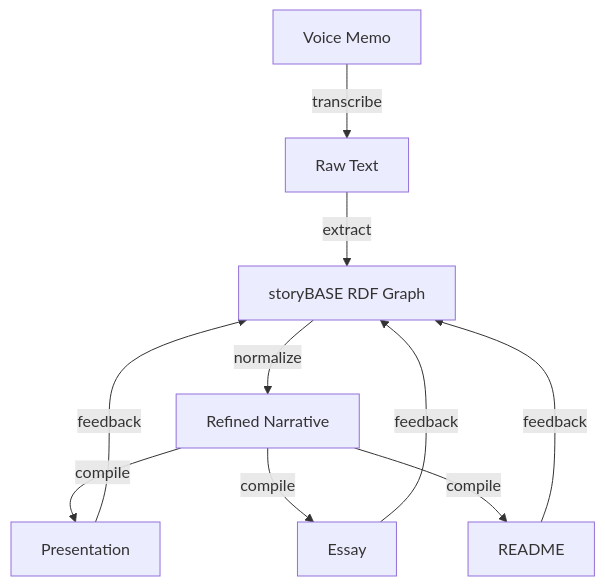
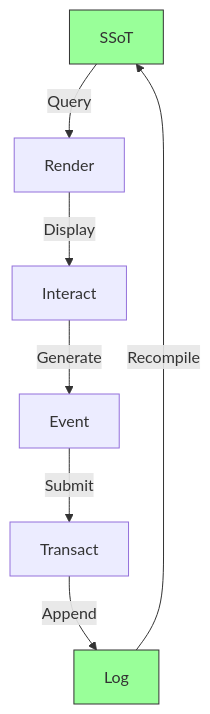
One commit to Synthetic-Identity-Co/conj-talk-2025 changed the sixth of 6 diagrams in conj-essay.md. Above: the diagram before and after it, drawn with Mermaid. The commit also changed other lines of this file, not shown here.

Commit message:
story:  e28bdf13b39c1834dde20e407b966e5575593e18

````diff
--- a/conj-essay.md
+++ b/conj-essay.md
@@ -247,12 +268,12 @@
 ```mermaid
 graph TD
-    A[Voice Memo] -->|transcribe| B[Raw Text]
-    B -->|extract| C[storyBASE RDF Graph]
-    C -->|normalize| D[Refined Narrative]
-    D -->|compile| E[Presentation]
-    D -->|compile| F[Essay]
-    D -->|compile| G[README]
-    E -->|feedback| C
-    F -->|feedback| C
-    G -->|feedback| C
+    A[SSoT] -->|Query| B[Render]
+    B -->|Display| C[Interact]
+    C -->|Generate| D[Event]
+    D -->|Submit| E[Transact]
+    E -->|Append| F[Log]
+    F -->|Recompile| A
+    
+    style A fill:#9f9,stroke:#333
+    style F fill:#9f9,stroke:#333
 ```
````
